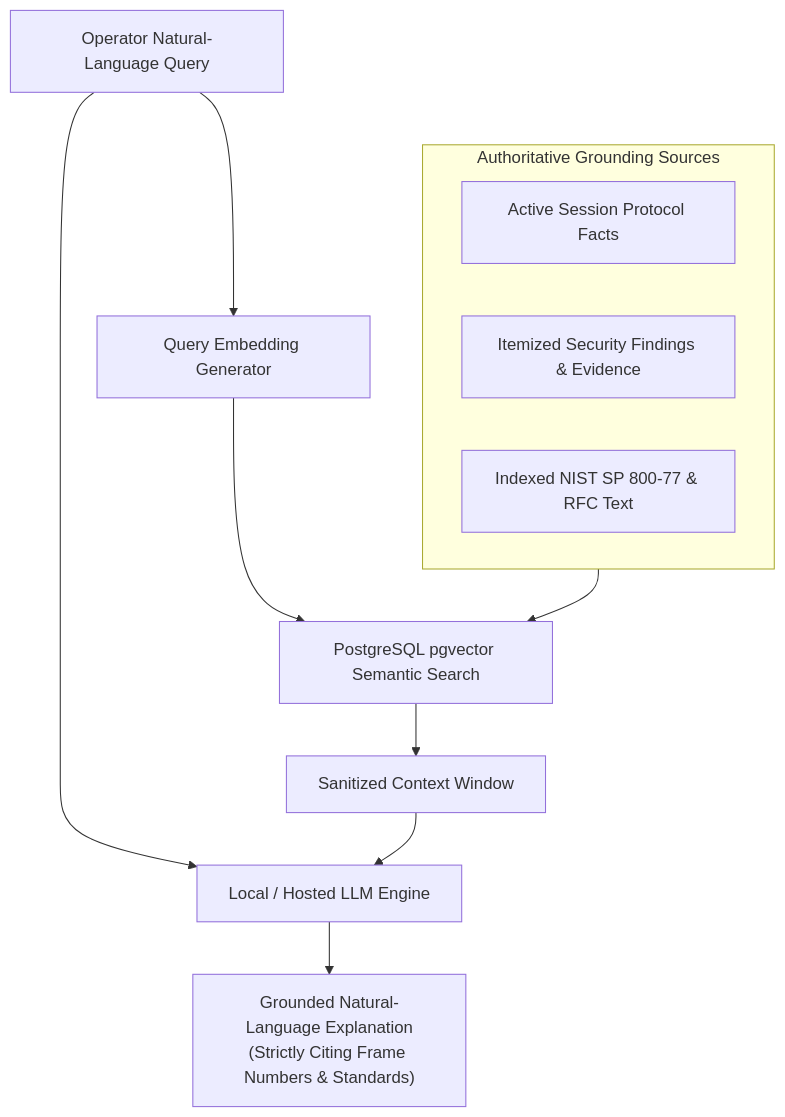
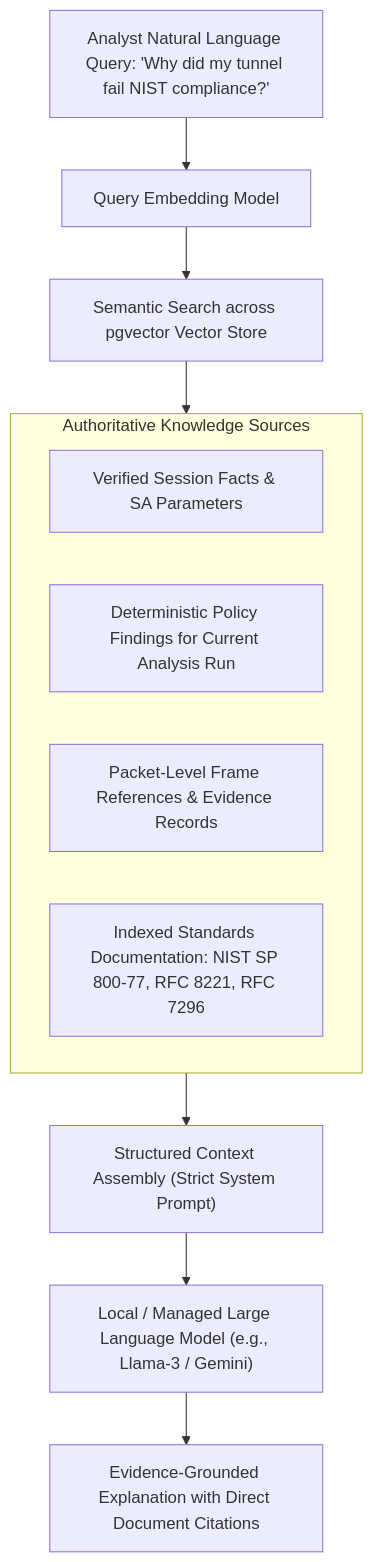
Diagram 11 of 14 in docs/TUNNELTRACE_AI_MASTER_DOCUMENT.md (sharancode3/TunnelTrace-AI), drawn with Mermaid before and after one commit. The commit also changed other lines of this file, not shown here.

Commit message:
docs: update mentor master document with 60-part structure, markdown tables, and validated mermaid diagrams

````diff
--- a/docs/TUNNELTRACE_AI_MASTER_DOCUMENT.md
+++ b/docs/TUNNELTRACE_AI_MASTER_DOCUMENT.md
@@ -675,17 +837,17 @@
 ```mermaid
 graph TD
-    QUERY["Operator Natural-Language Query"] --> EMBED["Query Embedding Generator"]
-    EMBED --> VEC_SEARCH["PostgreSQL pgvector Semantic Search"]
+    A["Analyst Natural Language Query: 'Why did my tunnel fail NIST compliance?'"] --> B["Query Embedding Model"]
+    B --> C["Semantic Search across pgvector Vector Store"]
     
-    subgraph KnowledgeSources ["Authoritative Grounding Sources"]
-        KS1["Active Session Protocol Facts"]
-        KS2["Itemized Security Findings & Evidence"]
-        KS3["Indexed NIST SP 800-77 & RFC Text"]
+    subgraph GROUNDED_CONTEXT["Authoritative Knowledge Sources"]
+        D["Verified Session Facts & SA Parameters"]
+        E["Deterministic Policy Findings for Current Analysis Run"]
+        F["Packet-Level Frame References & Evidence Records"]
+        G["Indexed Standards Documentation: NIST SP 800-77, RFC 8221, RFC 7296"]
     end
-    
-    KnowledgeSources --> VEC_SEARCH
-    VEC_SEARCH --> CONTEXT["Sanitized Context Window"]
-    QUERY --> LLM["Local / Hosted LLM Engine"]
-    CONTEXT --> LLM
-    LLM --> RESPONSE["Grounded Natural-Language Explanation<br/>(Strictly Citing Frame Numbers & Standards)"]
+
+    C --> GROUNDED_CONTEXT
+    GROUNDED_CONTEXT --> H["Structured Context Assembly (Strict System Prompt)"]
+    H --> I["Local / Managed Large Language Model (e.g., Llama-3 / Gemini)"]
+    I --> J["Evidence-Grounded Explanation with Direct Document Citations"]
 ```
````
